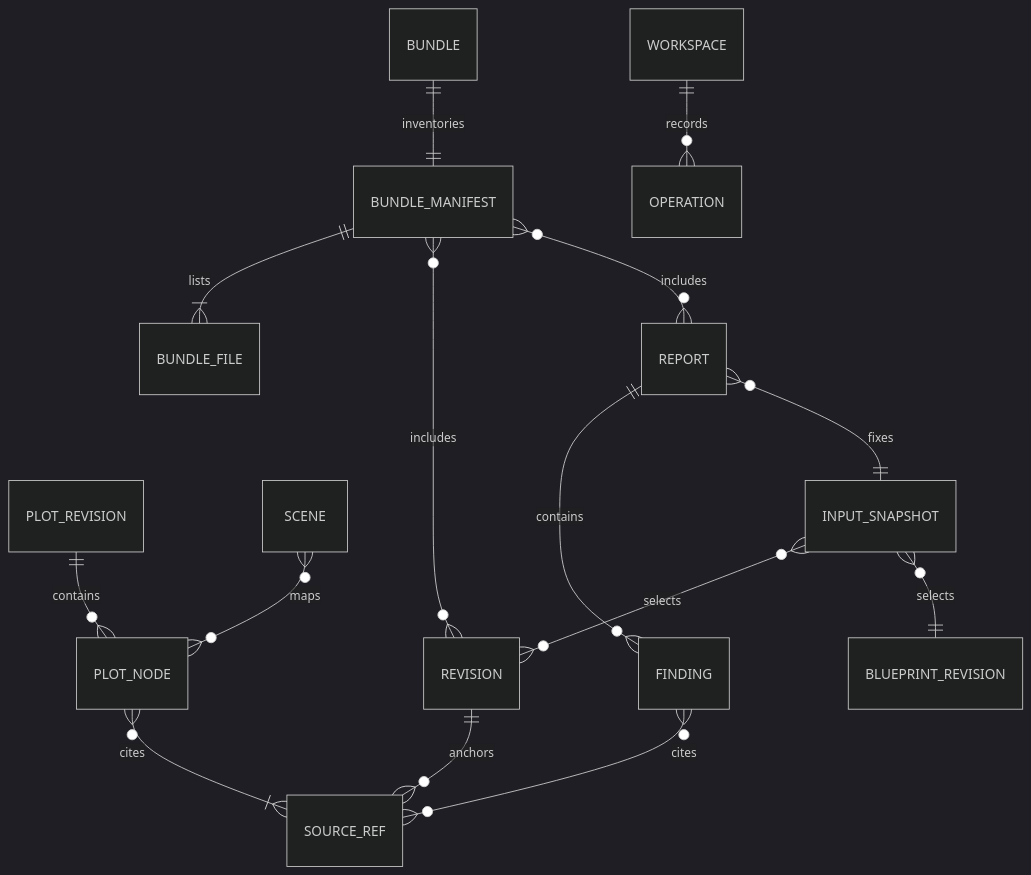
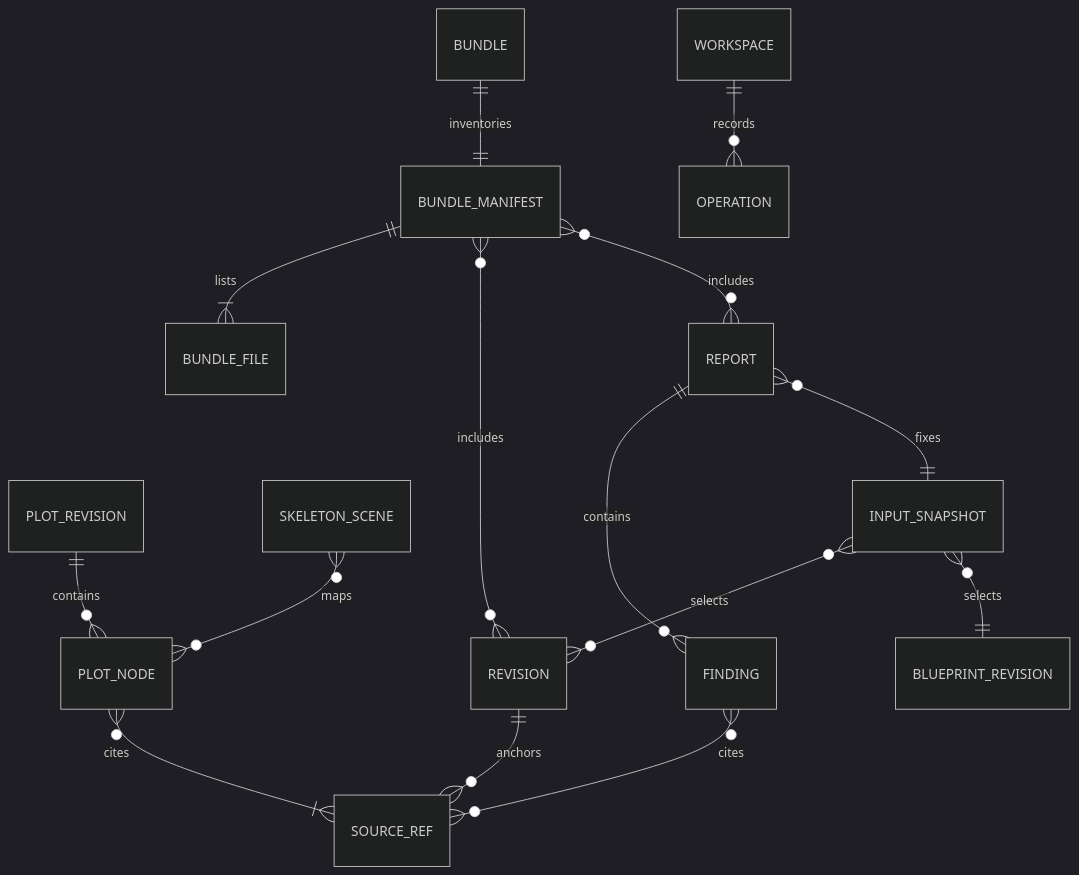
One commit to limecloud/hetu changed the third of 3 diagrams in docs/29-数据字典与Schema设计.md. Above: the diagram before and after it, drawn with Mermaid (dark theme). The commit also changed other lines of this file and 993 other files, not shown here.

````diff
--- a/docs/29-数据字典与Schema设计.md
+++ b/docs/29-数据字典与Schema设计.md
@@ -237,17 +252,17 @@
 ```mermaid
 erDiagram
     REVISION ||--o{ SOURCE_REF : anchors
     PLOT_REVISION ||--o{ PLOT_NODE : contains
     PLOT_NODE }o--|{ SOURCE_REF : cites
-    SCENE }o--o{ PLOT_NODE : maps
+    SKELETON_SCENE }o--o{ PLOT_NODE : maps
     REPORT ||--o{ FINDING : contains
     FINDING }o--o{ SOURCE_REF : cites
     REPORT }o--|| INPUT_SNAPSHOT : fixes
     INPUT_SNAPSHOT }o--o{ REVISION : selects
     INPUT_SNAPSHOT }o--|| BLUEPRINT_REVISION : selects
     BUNDLE ||--|| BUNDLE_MANIFEST : inventories
     BUNDLE_MANIFEST ||--|{ BUNDLE_FILE : lists
     BUNDLE_MANIFEST }o--o{ REVISION : includes
     BUNDLE_MANIFEST }o--o{ REPORT : includes
     WORKSPACE ||--o{ OPERATION : records
 ```
````
